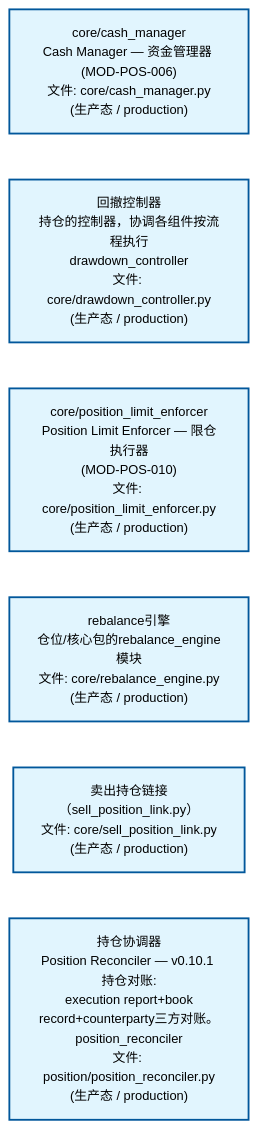
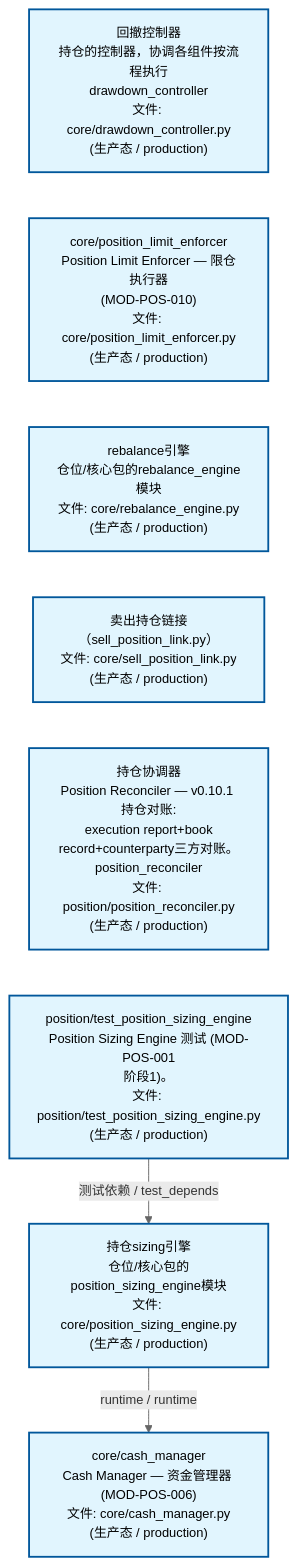
Before and after one commit to xuanFelixVan/ZephyrAlpha: the second of 4 diagrams in docs/02_enterprise_architecture/02_domain_architecture_docs/64_d_position.md, drawn with Mermaid. The commit also changed other lines of this file and 45 other files, not shown here.

````diff
--- a/docs/02_enterprise_architecture/02_domain_architecture_docs/64_d_position.md
+++ b/docs/02_enterprise_architecture/02_domain_architecture_docs/64_d_position.md
@@ -111,20 +118,24 @@
 ```mermaid
 %%{init: {'theme': 'base', 'themeVariables': {'primaryColor': '#eaeaea', 'primaryTextColor': '#333333', 'primaryBorderColor': '#666666', 'lineColor': '#666666', 'secondaryColor': '#eaeaea', 'tertiaryColor': '#eaeaea', 'fontSize': '14px'}}}%%
 flowchart TD
-    src_zephyr_position_core_cash_manager_py["core/cash_manager<br/>Cash Manager — 资金管理器 (MOD-POS-006)<br/>文件: core/cash_manager.py<br/>(生产态 / production)"]
     src_zephyr_position_core_drawdown_controller_py["回撤控制器<br/>持仓的控制器，协调各组件按流程执行<br/>drawdown_controller<br/>文件: core/drawdown_controller.py<br/>(生产态 / production)"]
     src_zephyr_position_core_position_limit_enforcer_py["core/position_limit_enforcer<br/>Position Limit Enforcer — 限仓执行器<br/>(MOD-POS-010)<br/>文件: core/position_limit_enforcer.py<br/>(生产态 / production)"]
     src_zephyr_position_core_rebalance_engine_py["rebalance引擎<br/>仓位/核心包的rebalance_engine模块<br/>文件: core/rebalance_engine.py<br/>(生产态 / production)"]
     src_zephyr_position_core_sell_position_link_py["卖出持仓链接<br/>（sell_position_link.py）<br/>文件: core/sell_position_link.py<br/>(生产态 / production)"]
     src_zephyr_position_position_reconciler_py["持仓协调器<br/>Position Reconciler — v0.10.1 持仓对账:<br/>execution report+book<br/>record+counterparty三方对账。<br/>position_reconciler<br/>文件: position/position_reconciler.py<br/>(生产态 / production)"]
-    src_zephyr_position_core_cash_manager_py ~~~ src_zephyr_position_core_drawdown_controller_py
+    tests_position_test_position_sizing_engine_py["position/test_position_sizing_engine<br/>Position Sizing Engine 测试 (MOD-POS-001<br/>阶段1)。<br/>文件: position/test_position_sizing_engine.py<br/>(生产态 / production)"]
     src_zephyr_position_core_drawdown_controller_py ~~~ src_zephyr_position_core_position_limit_enforcer_py
     src_zephyr_position_core_position_limit_enforcer_py ~~~ src_zephyr_position_core_rebalance_engine_py
     src_zephyr_position_core_rebalance_engine_py ~~~ src_zephyr_position_core_sell_position_link_py
     src_zephyr_position_core_sell_position_link_py ~~~ src_zephyr_position_position_reconciler_py
+    src_zephyr_position_position_reconciler_py ~~~ tests_position_test_position_sizing_engine_py
+    src_zephyr_position_core_position_sizing_engine_py["持仓sizing引擎<br/>仓位/核心包的position_sizing_engine模块<br/>文件: core/position_sizing_engine.py<br/>(生产态 / production)"]
+    src_zephyr_position_core_cash_manager_py["core/cash_manager<br/>Cash Manager — 资金管理器 (MOD-POS-006)<br/>文件: core/cash_manager.py<br/>(生产态 / production)"]
+    src_zephyr_position_core_position_sizing_engine_py -->|runtime / runtime| src_zephyr_position_core_cash_manager_py
+    tests_position_test_position_sizing_engine_py -->|测试依赖 / test_depends| src_zephyr_position_core_position_sizing_engine_py
     classDef production fill:#e1f5fe,stroke:#01579b,stroke-width:2px,color:#000
     classDef design fill:#fff3e0,stroke:#e65100,stroke-width:2px,color:#000,stroke-dasharray: 5 5
     classDef external_prod fill:#e8f4fd,stroke:#0277bd,stroke-width:1px,color:#000
     classDef external_design fill:#fff8e7,stroke:#ef6c00,stroke-width:1px,color:#000,stroke-dasharray: 5 5
-    class src_zephyr_position_core_cash_manager_py,src_zephyr_position_core_drawdown_controller_py,src_zephyr_position_core_position_limit_enforcer_py,src_zephyr_position_core_rebalance_engine_py,src_zephyr_position_core_sell_position_link_py,src_zephyr_position_position_reconciler_py production
+    class src_zephyr_position_core_cash_manager_py,src_zephyr_position_core_drawdown_controller_py,src_zephyr_position_core_position_limit_enforcer_py,src_zephyr_position_core_position_sizing_engine_py,src_zephyr_position_core_rebalance_engine_py,src_zephyr_position_core_sell_position_link_py,src_zephyr_position_position_reconciler_py,tests_position_test_position_sizing_engine_py production
 ```
````
